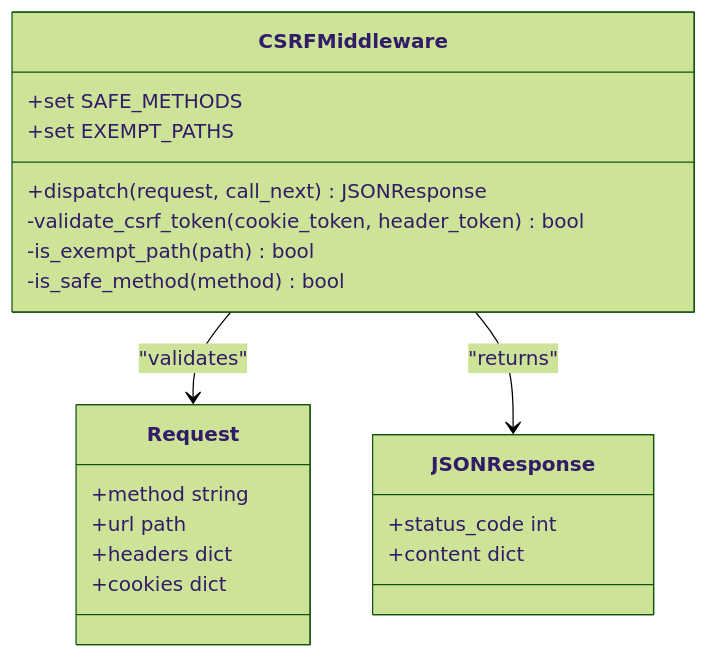
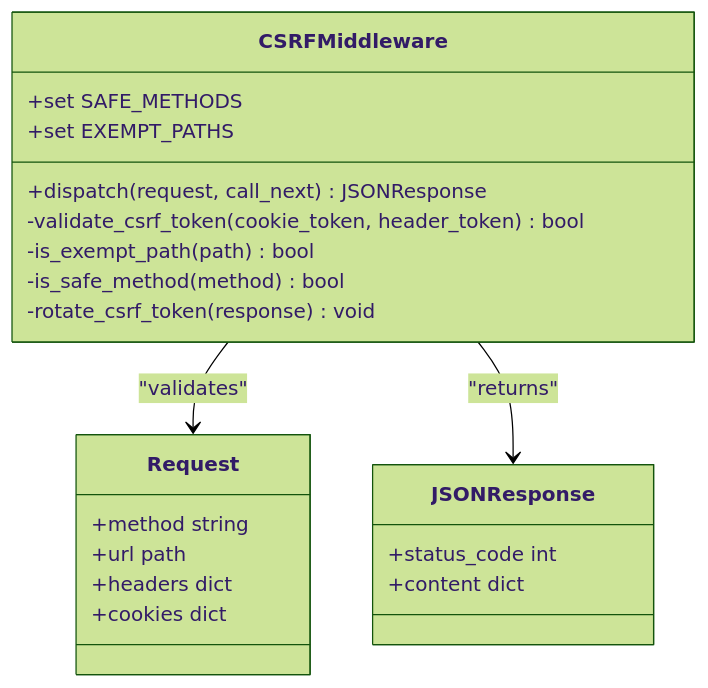
Before and after one commit to Revanththetalogics/aireume: the second of 7 diagrams in .qoder/repowiki/en/content/Advanced Topics/Security Hardening/CSRF Protection Middleware.md, drawn with Mermaid (forest theme). The commit also changed other lines of this file and 33 other files, not shown here.

````diff
--- a/.qoder/repowiki/en/content/Advanced Topics/Security Hardening/CSRF Protection Middleware.md
+++ b/.qoder/repowiki/en/content/Advanced Topics/Security Hardening/CSRF Protection Middleware.md
@@ -88,23 +97,24 @@
 ```mermaid
 classDiagram
 class CSRFMiddleware {
 +set SAFE_METHODS
 +set EXEMPT_PATHS
 +dispatch(request, call_next) JSONResponse
 -validate_csrf_token(cookie_token, header_token) bool
 -is_exempt_path(path) bool
 -is_safe_method(method) bool
+-rotate_csrf_token(response) void
 }
 class Request {
 +method string
 +url path
 +headers dict
 +cookies dict
 }
 class JSONResponse {
 +status_code int
 +content dict
 }
 CSRFMiddleware --> Request : "validates"
 CSRFMiddleware --> JSONResponse : "returns"
 ```
````
